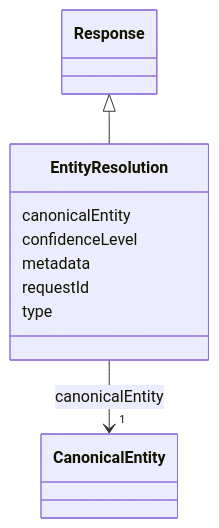
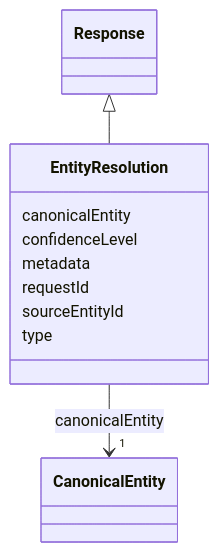
Before and after one commit to meaningfy-ws/er-system: the diagram in docs/schema/EntityResolution.md, drawn with Mermaid. The commit also changed other lines of this file and 10 other files, not shown here.

First line of the commit message:
fix (ere schema): regenerate the schema docs, and with README as index name

````diff
--- a/docs/schema/EntityResolution.md
+++ b/docs/schema/EntityResolution.md
@@ -26,28 +26,30 @@
 ```mermaid
  classDiagram
     class EntityResolution
     click EntityResolution href "../EntityResolution/"
       Response <|-- EntityResolution
         click Response href "../Response/"
       
       EntityResolution : canonicalEntity
         
           
     
         
         
         EntityResolution --> "1" CanonicalEntity : canonicalEntity
         click CanonicalEntity href "../CanonicalEntity/"
     
 
         
       EntityResolution : confidenceLevel
         
       EntityResolution : metadata
         
       EntityResolution : requestId
         
+      EntityResolution : sourceEntityId
+        
       EntityResolution : type
         
       
 ```
````
